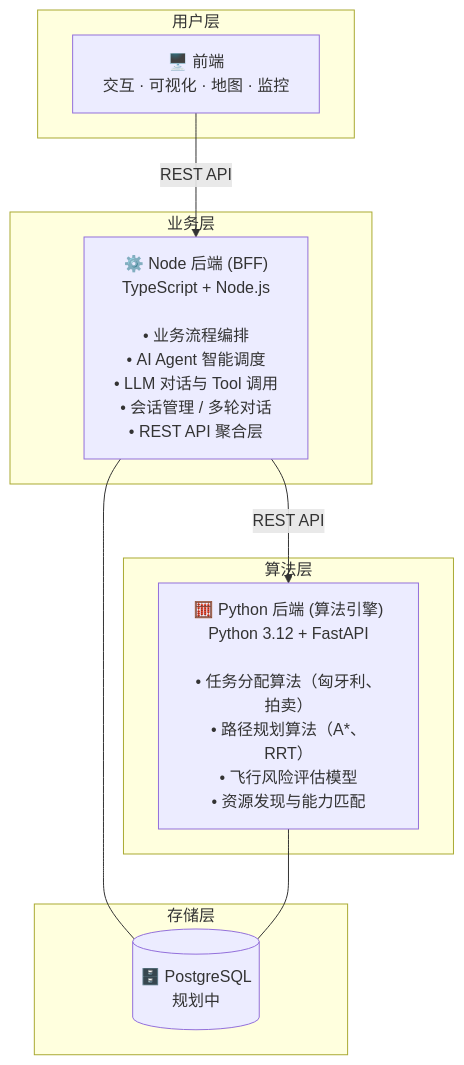
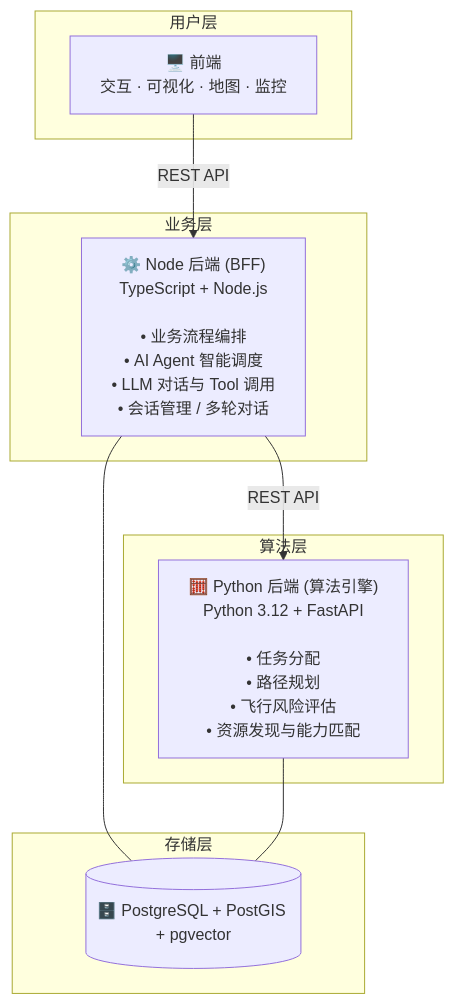
One commit to 909347194/ST-Risk-For-UAV changed the first of 2 diagrams in README.md. Above: the diagram before and after it, drawn with Mermaid. The commit also changed other lines of this file and 2 other files, not shown here.

First line of the commit message:
docs: refine README — pgvector/postgis, remove algorithm specifics, full review

````diff
--- a/README.md
+++ b/README.md
@@ -24,23 +24,23 @@
 ```mermaid
 graph TB
     subgraph 用户层
         FE["🖥️ 前端<br/>交互 · 可视化 · 地图 · 监控"]
     end
 
     subgraph 业务层
-        NODE["⚙️ Node 后端 (BFF)<br/>TypeScript + Node.js<br/><br/>• 业务流程编排<br/>• AI Agent 智能调度<br/>• LLM 对话与 Tool 调用<br/>• 会话管理 / 多轮对话<br/>• REST API 聚合层"]
+        NODE["⚙️ Node 后端 (BFF)<br/>TypeScript + Node.js<br/><br/>• 业务流程编排<br/>• AI Agent 智能调度<br/>• LLM 对话与 Tool 调用<br/>• 会话管理 / 多轮对话"]
     end
 
     subgraph 算法层
-        PY["🧮 Python 后端 (算法引擎)<br/>Python 3.12 + FastAPI<br/><br/>• 任务分配算法（匈牙利、拍卖）<br/>• 路径规划算法（A*、RRT）<br/>• 飞行风险评估模型<br/>• 资源发现与能力匹配"]
+        PY["🧮 Python 后端 (算法引擎)<br/>Python 3.12 + FastAPI<br/><br/>• 任务分配<br/>• 路径规划<br/>• 飞行风险评估<br/>• 资源发现与能力匹配"]
     end
 
     subgraph 存储层
-        DB[("🗄️ PostgreSQL<br/>规划中")]
+        DB[("🗄️ PostgreSQL + PostGIS + pgvector")]
     end
 
     FE -->|"REST API"| NODE
     NODE -->|"REST API"| PY
     NODE --- DB
     PY --- DB
 ```
````
